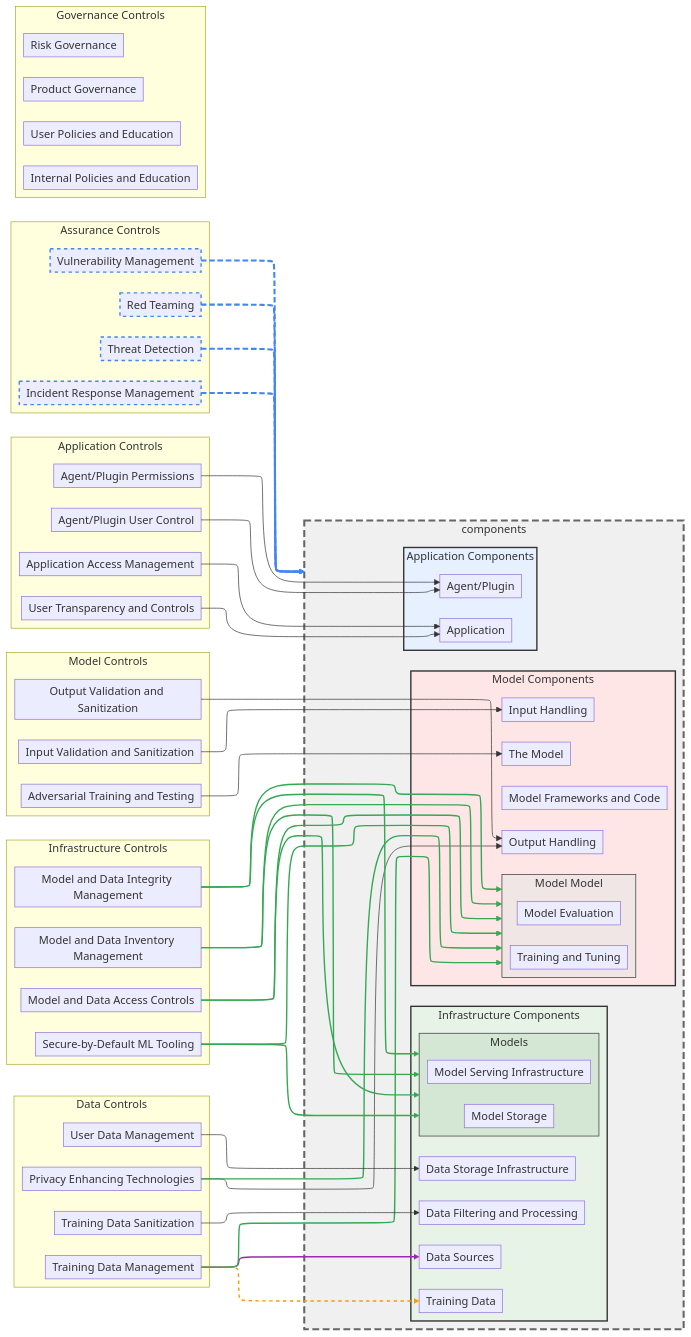
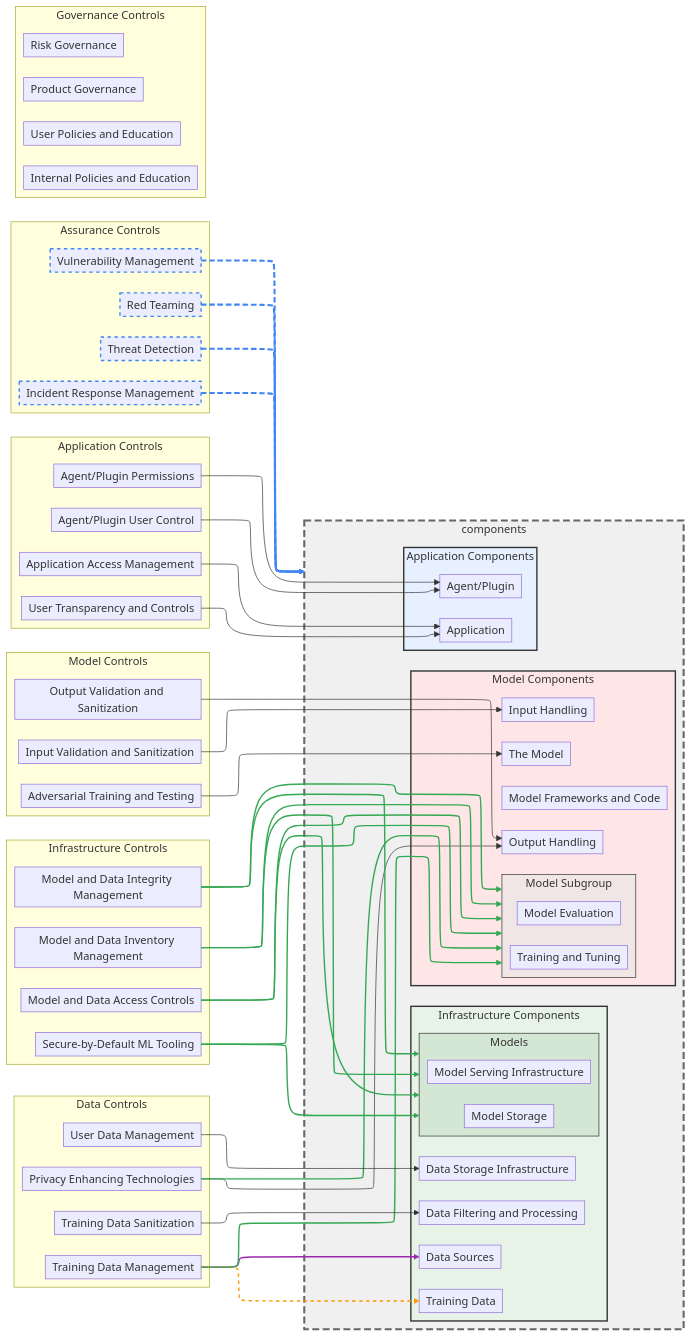
The diagram in risk-map/docs/controls-graph.mermaid (davidlabianca/secure-ai-tooling), drawn with Mermaid before and after one commit. The commit also changed 3 other files, not shown here.

Commit message:
Updated graph files

```diff
--- a/risk-map/docs/controls-graph.mermaid
+++ b/risk-map/docs/controls-graph.mermaid
@@ -1,132 +1,132 @@
 ---
 config:
   layout: elk
   elk:
     mergeEdges: True
     nodePlacementStrategy: NETWORK_SIMPLEX
 ---
 
 graph LR
    %%{init: {'flowchart': {'nodeSpacing': 25, 'rankSpacing': 150, 'padding': 5, 'wrappingWidth': 250}}}%%
     classDef hidden display: none;
     classDef allControl stroke:#4285f4,stroke-width:2px,stroke-dasharray: 5 5
 
     subgraph controlsData ["Data Controls"]
         controlPrivacyEnhancingTechnologies[Privacy Enhancing Technologies]
         controlTrainingDataManagement[Training Data Management]
         controlTrainingDataSanitization[Training Data Sanitization]
         controlUserDataManagement[User Data Management]
     end
 
     subgraph controlsInfrastructure ["Infrastructure Controls"]
         controlModelAndDataAccessControls[Model and Data Access Controls]
         controlModelAndDataIntegrityManagement[Model and Data Integrity Management]
         controlModelAndDataInventoryManagement[Model and Data Inventory Management]
         controlSecureByDefaultMLTooling[Secure-by-Default ML Tooling]
     end
 
     subgraph controlsModel ["Model Controls"]
         controlAdversarialTrainingAndTesting[Adversarial Training and Testing]
         controlInputValidationAndSanitization[Input Validation and Sanitization]
         controlOutputValidationAndSanitization[Output Validation and Sanitization]
     end
 
     subgraph controlsApplication ["Application Controls"]
         controlAgentPluginPermissions[Agent/Plugin Permissions]
         controlAgentPluginUserControl[Agent/Plugin User Control]
         controlApplicationAccessManagement[Application Access Management]
         controlUserTransparencyAndControls[User Transparency and Controls]
     end
 
     subgraph controlsAssurance ["Assurance Controls"]
         controlIncidentResponseManagement[Incident Response Management]
         controlRedTeaming[Red Teaming]
         controlThreatDetection[Threat Detection]
         controlVulnerabilityManagement[Vulnerability Management]
     end
 
     subgraph controlsGovernance ["Governance Controls"]
         direction LR
         controlInternalPoliciesAndEducation[Internal Policies and Education]
         controlProductGovernance[Product Governance]
         controlRiskGovernance[Risk Governance]
         controlUserPoliciesAndEducation[User Policies and Education]
     end
 
     subgraph components
     subgraph componentsInfrastructure ["Infrastructure Components"]
         componentDataFilteringAndProcessing[Data Filtering and Processing]
         componentDataSources[Data Sources]
         componentDataStorage[Data Storage Infrastructure]
         componentTrainingData[Training Data]
         subgraph componentsModels ["Models"]
             componentModelServing[Model Serving Infrastructure]
             componentModelStorage[Model Storage]
         end
     end
 
     subgraph componentsModel ["Model Components"]
         componentInputHandling[Input Handling]
         componentModelFrameworksAndCode[Model Frameworks and Code]
         componentOutputHandling[Output Handling]
         componentTheModel[The Model]
-        subgraph componentsModelModel ["Model Model"]
+        subgraph componentsModelSubgroup ["Model Subgroup"]
             componentModelEvaluation[Model Evaluation]
             componentModelTrainingTuning[Training and Tuning]
         end
     end
 
     subgraph componentsApplication ["Application Components"]
         componentAgentPlugin[Agent/Plugin]
         componentApplication[Application]
     end
 
     end
 
     %% Control to Component relationships
     controlPrivacyEnhancingTechnologies --> componentOutputHandling
-    controlPrivacyEnhancingTechnologies --> componentsModelModel
+    controlPrivacyEnhancingTechnologies --> componentsModelSubgroup
     controlTrainingDataManagement --> componentDataSources
     controlTrainingDataManagement --> componentTrainingData
-    controlTrainingDataManagement --> componentsModelModel
+    controlTrainingDataManagement --> componentsModelSubgroup
     controlTrainingDataSanitization --> componentDataFilteringAndProcessing
     controlUserDataManagement --> componentDataStorage
-    controlModelAndDataInventoryManagement --> componentsModelModel
+    controlModelAndDataInventoryManagement --> componentsModelSubgroup
     controlModelAndDataInventoryManagement --> componentsModels
-    controlModelAndDataAccessControls --> componentsModelModel
+    controlModelAndDataAccessControls --> componentsModelSubgroup
     controlModelAndDataAccessControls --> componentsModels
-    controlModelAndDataIntegrityManagement --> componentsModelModel
+    controlModelAndDataIntegrityManagement --> componentsModelSubgroup
     controlModelAndDataIntegrityManagement --> componentsModels
-    controlSecureByDefaultMLTooling --> componentsModelModel
+    controlSecureByDefaultMLTooling --> componentsModelSubgroup
     controlSecureByDefaultMLTooling --> componentsModels
     controlInputValidationAndSanitization --> componentInputHandling
     controlOutputValidationAndSanitization --> componentOutputHandling
     controlAdversarialTrainingAndTesting --> componentTheModel
     controlApplicationAccessManagement --> componentApplication
     controlUserTransparencyAndControls --> componentApplication
     controlAgentPluginUserControl --> componentAgentPlugin
     controlAgentPluginPermissions --> componentAgentPlugin
     controlRedTeaming -.-> components
     controlVulnerabilityManagement -.-> components
     controlThreatDetection -.-> components
     controlIncidentResponseManagement -.-> components
 
     %% Apply styling to controls mapped to 'all'
     controlIncidentResponseManagement:::allControl
     controlRedTeaming:::allControl
     controlThreatDetection:::allControl
     controlVulnerabilityManagement:::allControl
 
     %% Edge styling
     linkStyle 22,23,24,25 stroke:#4285f4,stroke-width:3px,stroke-dasharray: 8 4
     linkStyle 1,4,7,8,9,10,11,12,13,14 stroke:#34a853,stroke-width:2px
     linkStyle 2 stroke:#9c27b0,stroke-width:2px
     linkStyle 3 stroke:#ff9800,stroke-width:2px,stroke-dasharray: 5 5
 
 %% Node style definitions
     style components fill:#f0f0f0,stroke:#666666,stroke-width:3px,stroke-dasharray: 10 5
     style componentsInfrastructure fill:#e6f3e6,stroke:#333333,stroke-width:2px
     style componentsApplication fill:#e6f0ff,stroke:#333333,stroke-width:2px
     style componentsModel fill:#ffe6e6,stroke:#333333,stroke-width:2px
     style componentsModels fill:#d4e6d4,stroke:#333,stroke-width:1px
-    style componentsModelModel fill:#f0e6e6,stroke:#333,stroke-width:1px
+    style componentsModelSubgroup fill:#f0e6e6,stroke:#333,stroke-width:1px
```
